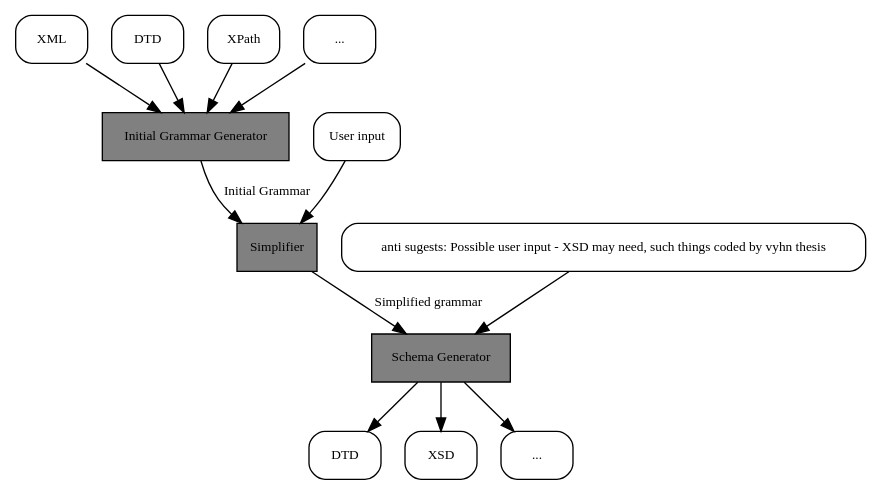
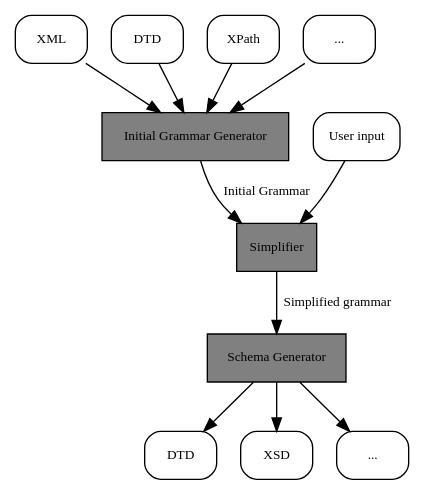
One commit to otmarjr/jInfer-fork changed the diagram in doc/jInfer/architecture/inference_process.gv. Above: the diagram before and after it, drawn with Graphviz. The commit also changed 7 other files, not shown here.

Commit message:
Documentation: some more work on Architecture.

```diff
--- a/doc/jInfer/architecture/inference_process.gv
+++ b/doc/jInfer/architecture/inference_process.gv
@@ -1,29 +1,27 @@
 digraph inference_process {
 	node [shape = rectangle, fontname = "TeXGyrePagella-Regular", fontsize = 10];
 	edge [fontname = "TeXGyrePagella-Regular", fontsize = 10];
 
 	node [style= rounded];
 	input_xml [label = "XML"];
 	input_dtd [label = "DTD"];
 	input_xpath [label = "XPath"];
 	input_misc [label ="..."];
 	input_xml -> 1;
 	input_dtd -> 1;
 	input_xpath -> 1;
 	input_misc -> 1;
 	1 [label = "Initial Grammar Generator" style = "filled" fillcolor = "grey"];
 	1 -> 2 [label = "Initial Grammar"];
 	user_input [label = "User input"];
 	user_input -> 2;
 	2 [label = "Simplifier" style = "filled" fillcolor = "grey"];
 	2 -> 3 [label = "Simplified grammar"];
 	3 [label = "Schema Generator" style = "filled" fillcolor = "grey"];
-	possible_user_input [label = "anti sugests: Possible user input - XSD may need, such things coded by vyhn thesis"];
-	possible_user_input -> 3;
 	output_dtd [label = "DTD"];
 	output_xsd [label = "XSD"];
 	output_misc [label = "..."];
 	3 -> output_dtd;
 	3 -> output_xsd;
 	3 -> output_misc;
 }
```
